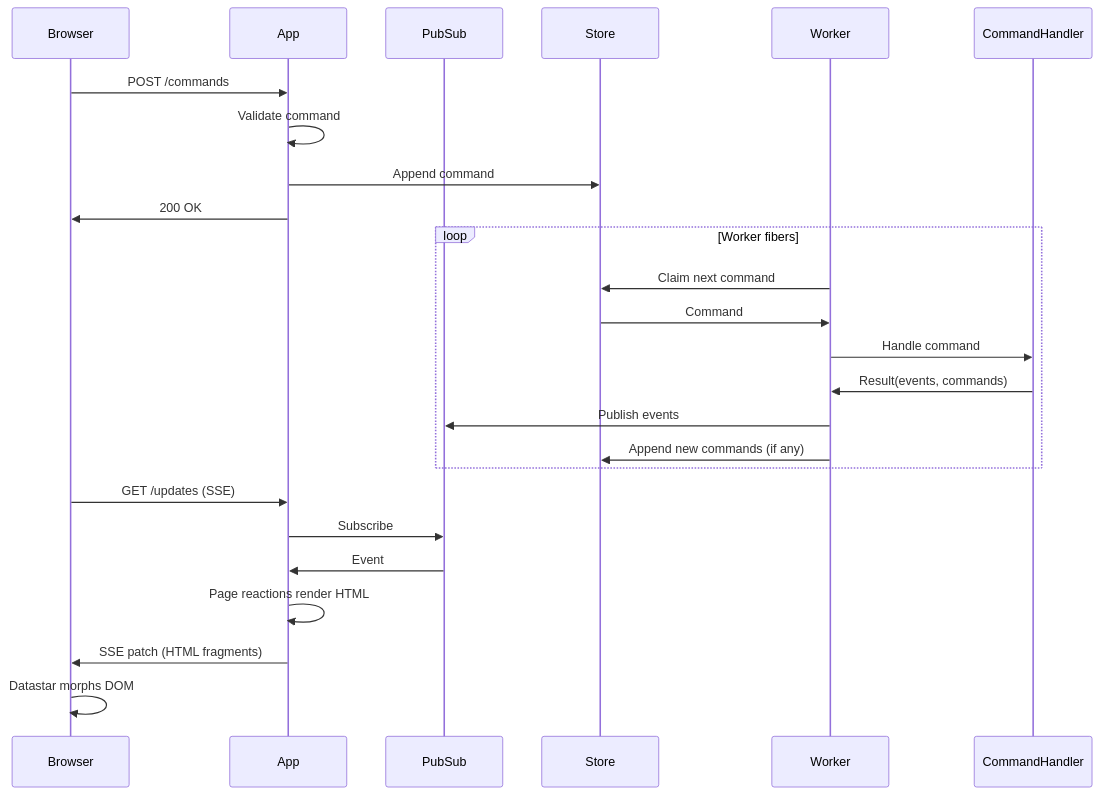
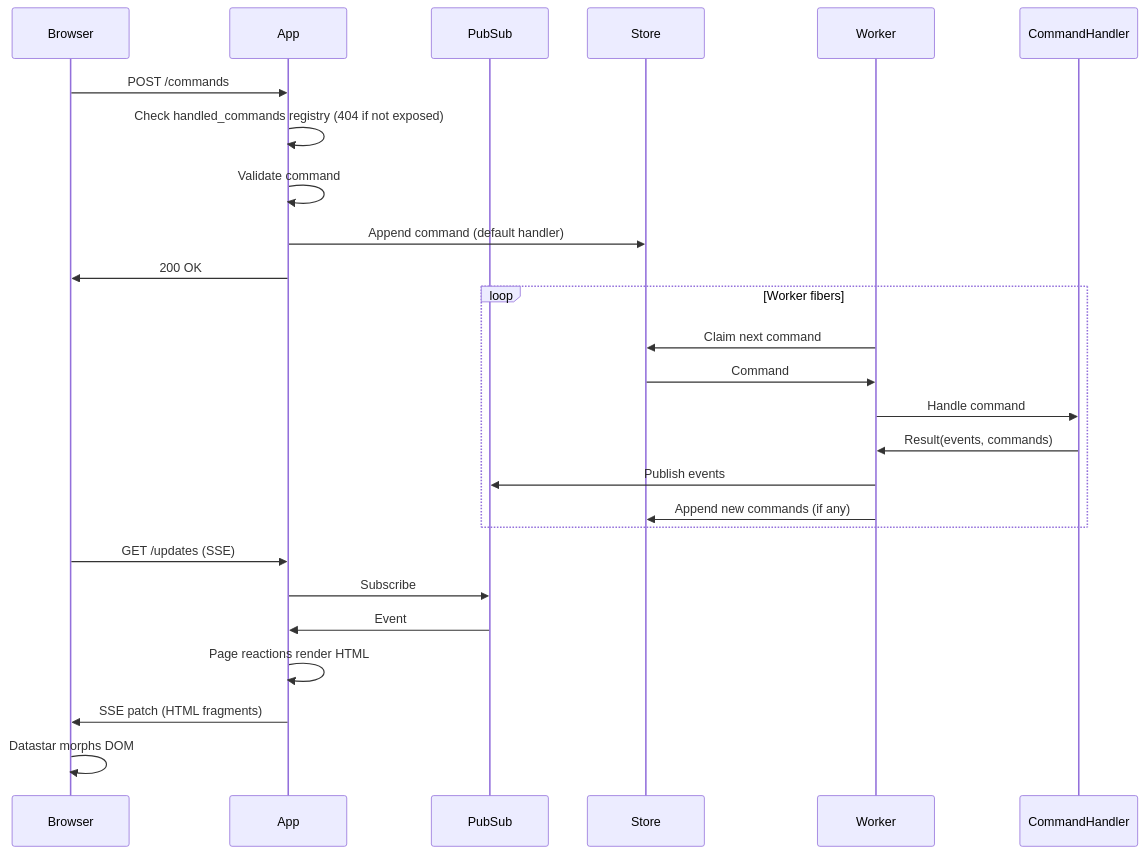
One commit to ismasan/sidereal changed the diagram in README.md. Above: the diagram before and after it, drawn with Mermaid. The commit also changed other lines of this file, not shown here.

First line of the commit message:
Update README for .command/.handle split

````diff
--- a/README.md
+++ b/README.md
@@ -80,32 +84,33 @@
 ```mermaid
 sequenceDiagram
     participant Browser
     participant App
     participant PubSub
     participant Store
     participant Worker
     participant CommandHandler
 
     Browser->>App: POST /commands
+    App->>App: Check handled_commands registry (404 if not exposed)
     App->>App: Validate command
-    App->>Store: Append command
+    App->>Store: Append command (default handler)
     App->>Browser: 200 OK
 
 
     loop Worker fibers
         Worker->>Store: Claim next command
         Store->>Worker: Command
         Worker->>CommandHandler: Handle command
         CommandHandler->>Worker: Result(events, commands)
         Worker->>PubSub: Publish events
         Worker->>Store: Append new commands (if any)
     end
 
 
     Browser->>App: GET /updates (SSE)
     App->>PubSub: Subscribe
     PubSub->>App: Event
     App->>App: Page reactions render HTML
     App->>Browser: SSE patch (HTML fragments)
     Browser->>Browser: Datastar morphs DOM
 ```
````
